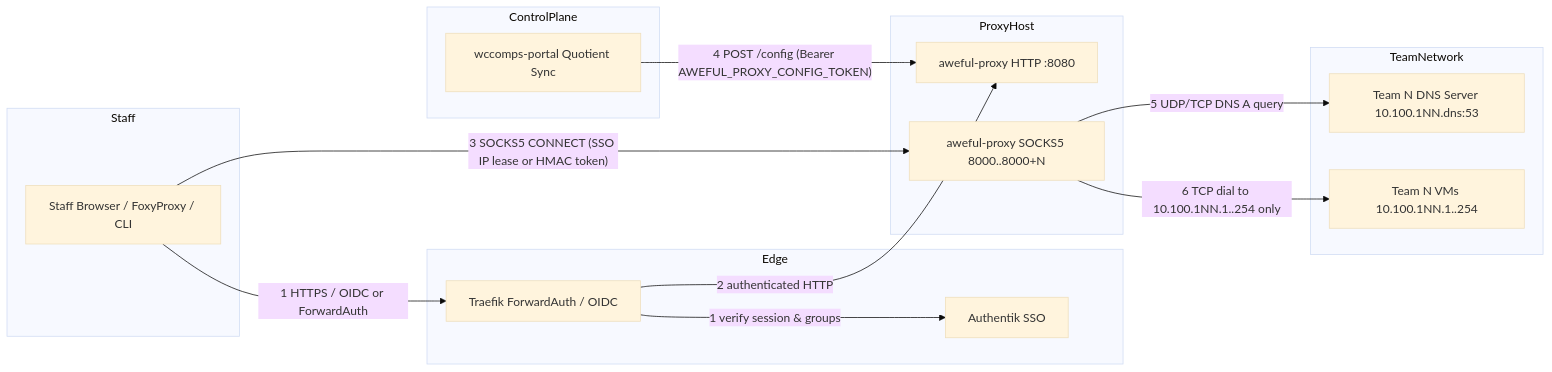
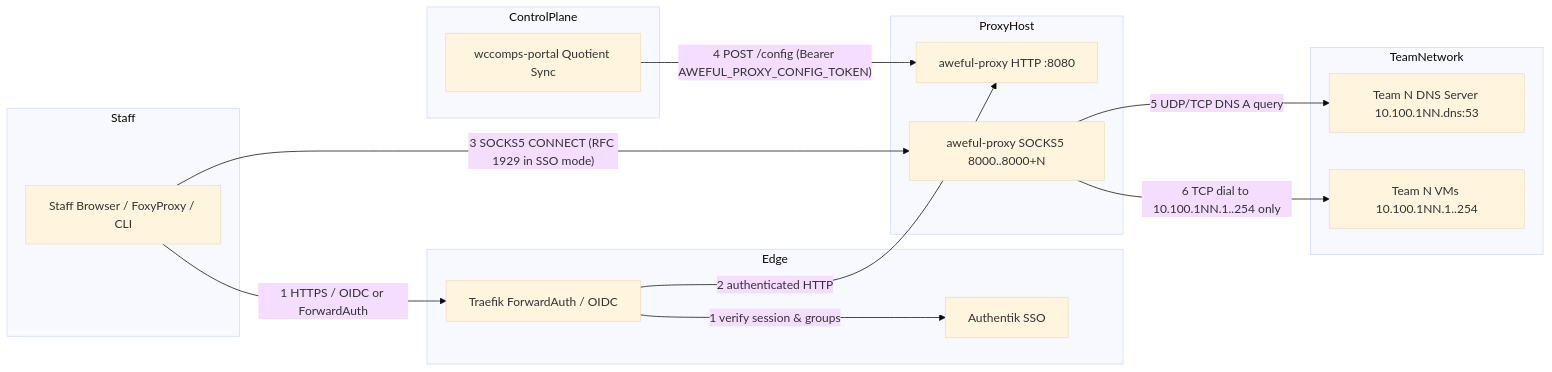
Before and after one commit to wccomps/aweful-proxy: the diagram in THREAT_MODEL.md, drawn with Mermaid (base theme). The commit also changed other lines of this file and 6 other files, not shown here.

````diff
--- a/THREAT_MODEL.md
+++ b/THREAT_MODEL.md
@@ -58,28 +60,28 @@
 ```mermaid
 flowchart LR
     subgraph Staff
         B[Staff Browser / FoxyProxy / CLI]
     end
     subgraph Edge
         T[Traefik ForwardAuth / OIDC]
         A[Authentik SSO]
     end
     subgraph ControlPlane
         P[wccomps-portal Quotient Sync]
     end
     subgraph ProxyHost
         H[aweful-proxy HTTP :8080]
         S[aweful-proxy SOCKS5 8000..8000+N]
     end
     subgraph TeamNetwork
         D[Team N DNS Server 10.100.1NN.dns:53]
         V[Team N VMs 10.100.1NN.1..254]
     end
     B -- "1 HTTPS / OIDC or ForwardAuth" --> T
     T -- "1 verify session & groups" --> A
     T -- "2 authenticated HTTP" --> H
-    B -- "3 SOCKS5 CONNECT (SSO IP lease or HMAC token)" --> S
+    B -- "3 SOCKS5 CONNECT (RFC 1929 in SSO mode)" --> S
     P -- "4 POST /config (Bearer AWEFUL_PROXY_CONFIG_TOKEN)" --> H
     S -- "5 UDP/TCP DNS A query" --> D
     S -- "6 TCP dial to 10.100.1NN.1..254 only" --> V
 ```
````
